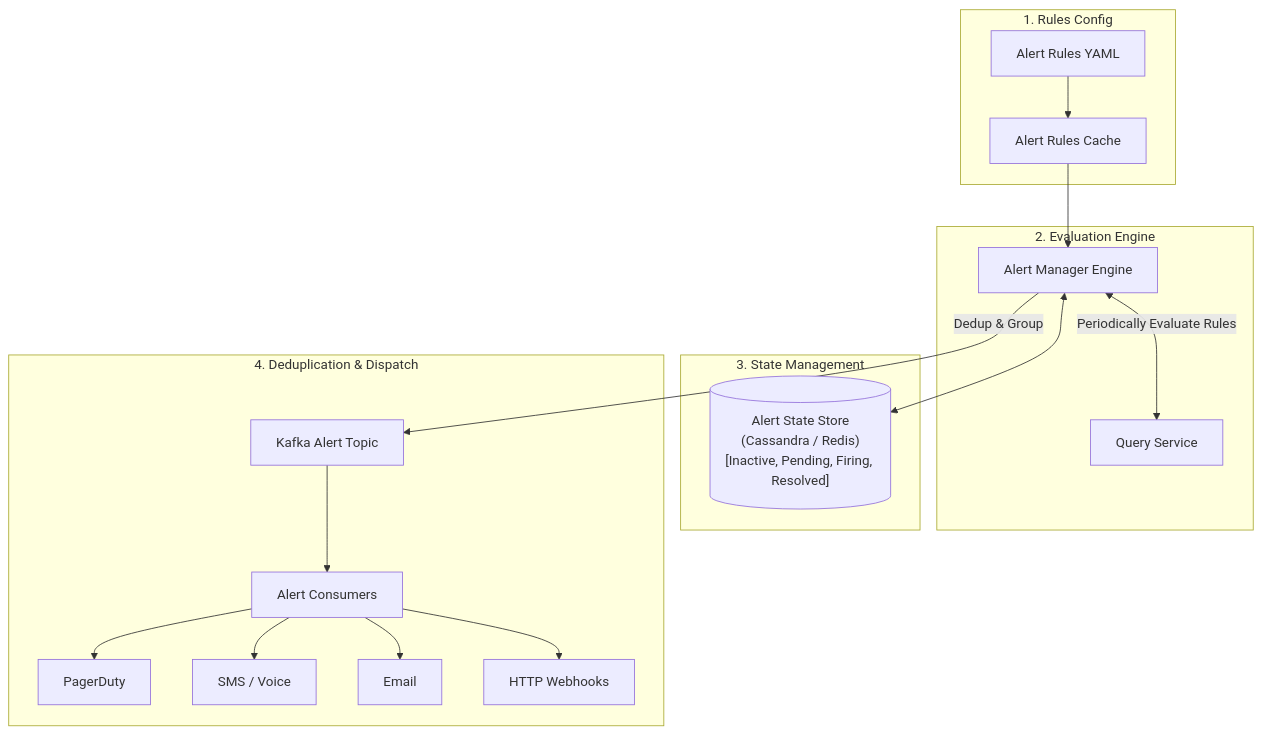
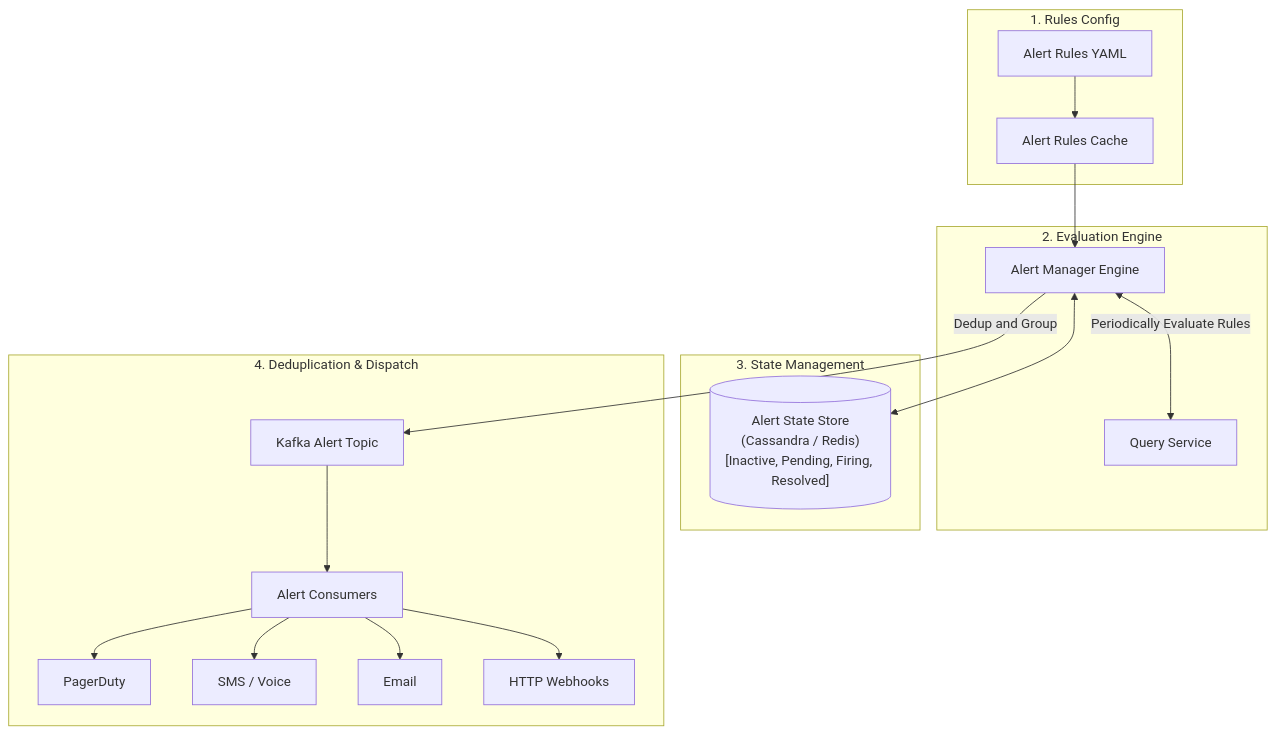
Diagram 12 of 14 in system-design-cases/bytebytego/21-metrics-monitoring-and-alerting-system.md (gurkanindibay/azure_learning), drawn with Mermaid before and after one commit. The commit also changed other lines of this file, not shown here.

Commit message:
docs: update flowchart labels and terminology for clarity in metrics and alerting system design

````diff
--- a/system-design-cases/bytebytego/21-metrics-monitoring-and-alerting-system.md
+++ b/system-design-cases/bytebytego/21-metrics-monitoring-and-alerting-system.md
@@ -482,28 +482,28 @@
 ```mermaid
 flowchart TD
     subgraph Config["1. Rules Config"]
         YAML["Alert Rules YAML"] --> Cache["Alert Rules Cache"]
     end
 
     subgraph Eval["2. Evaluation Engine"]
         AM["Alert Manager Engine"]
         QS["Query Service"]
         AM <-->|Periodically Evaluate Rules| QS
     end
 
     subgraph State["3. State Management"]
         AS[("Alert State Store\n(Cassandra / Redis)\n[Inactive, Pending, Firing, Resolved]")]
     end
 
     subgraph Dispatch["4. Deduplication & Dispatch"]
-        AM -->|Dedup & Group| AK["Kafka Alert Topic"]
+        AM -->|Dedup and Group| AK["Kafka Alert Topic"]
         AK --> AC["Alert Consumers"]
         AC --> PD["PagerDuty"]
         AC --> SMS["SMS / Voice"]
         AC --> EM["Email"]
         AC --> WH["HTTP Webhooks"]
     end
 
     Cache --> AM
     AM <--> AS
 ```
````
